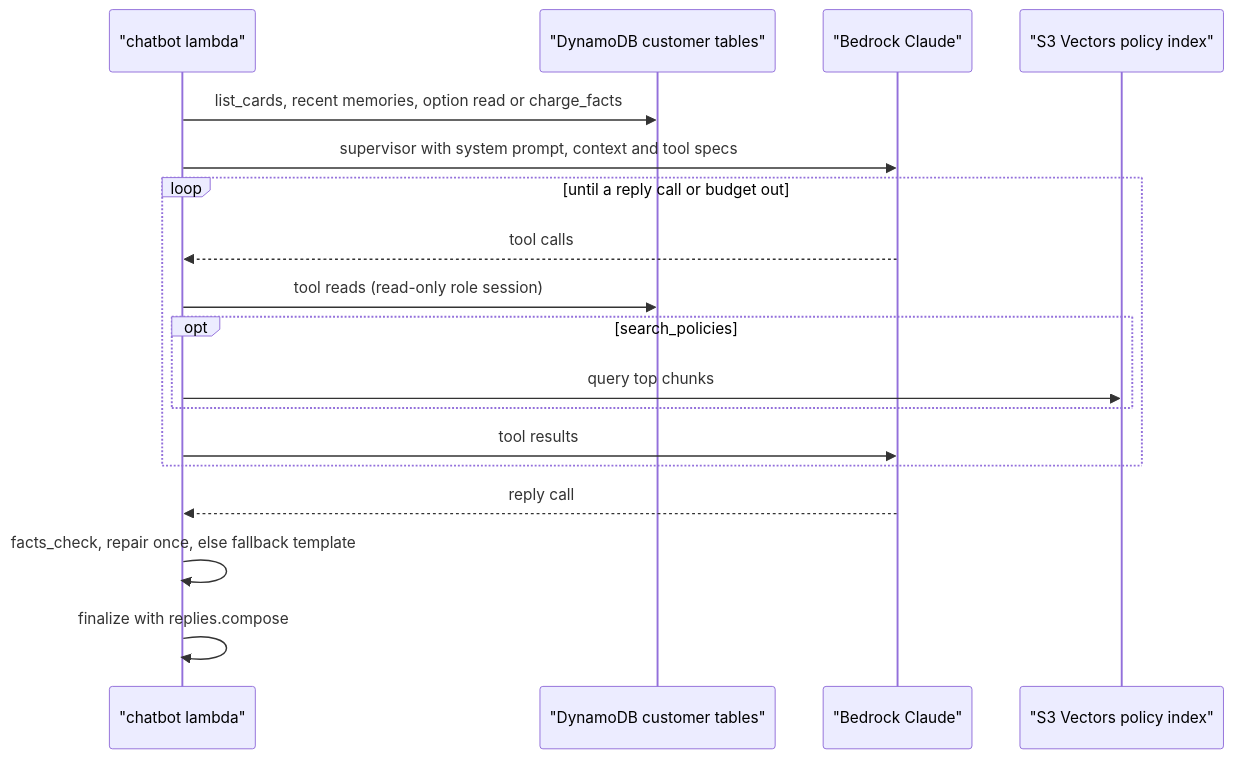
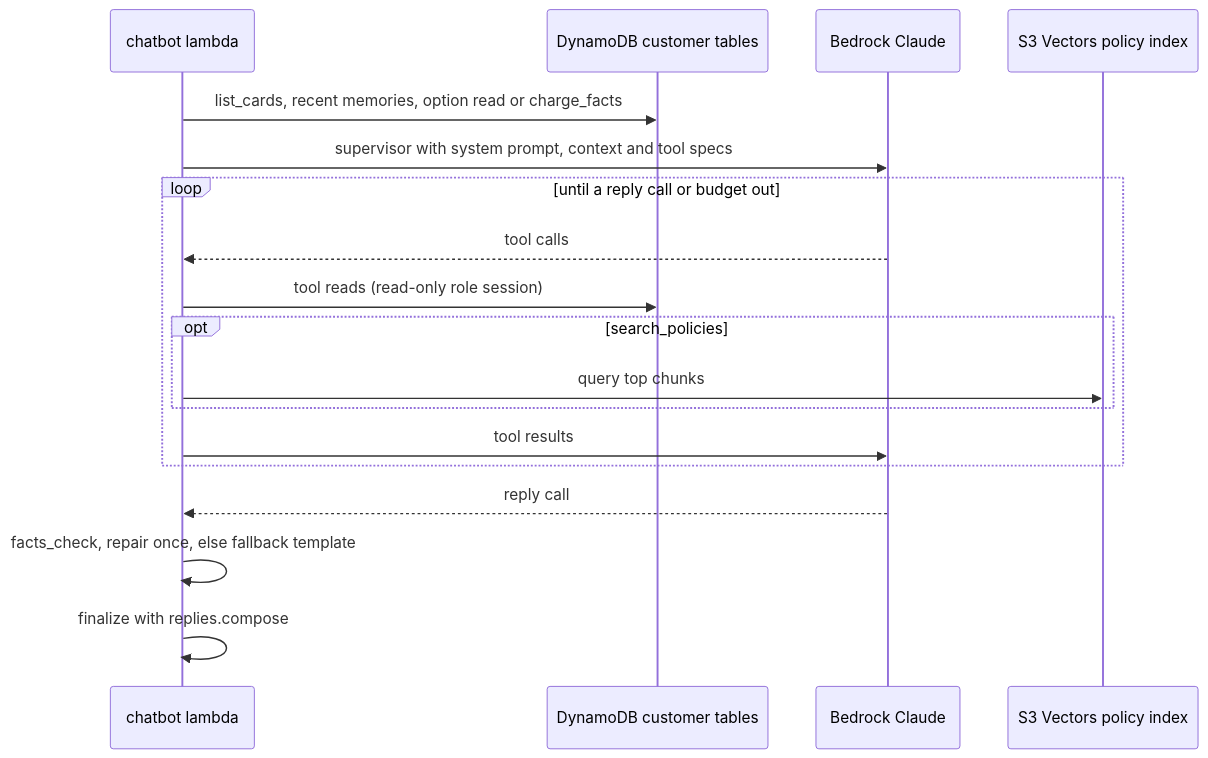
One commit to Team-ACGS/factored-hackathon-2026-acgs changed the second of 17 diagrams in docs/modules/assistant/flows.md. Above: the diagram before and after it, drawn with Mermaid. The commit also changed other lines of this file and 6 other files, not shown here.

Commit message:
docs(assistant,cases,data,identity,messaging): reviewer findings on flows and readme, round 2

````diff
--- a/docs/modules/assistant/flows.md
+++ b/docs/modules/assistant/flows.md
@@ -89,20 +89,20 @@
 ```mermaid
 sequenceDiagram
-  participant Chatbot as "chatbot lambda"
-  participant Tables as "DynamoDB customer tables"
-  participant Bedrock as "Bedrock Claude"
-  participant Vectors as "S3 Vectors policy index"
+  participant Chatbot as chatbot lambda
+  participant Tables as DynamoDB customer tables
+  participant Bedrock as Bedrock Claude
+  participant Vectors as S3 Vectors policy index
   Chatbot->>Tables: list_cards, recent memories, option read or charge_facts
   Chatbot->>Bedrock: supervisor with system prompt, context and tool specs
   loop until a reply call or budget out
     Bedrock-->>Chatbot: tool calls
     Chatbot->>Tables: tool reads (read-only role session)
     opt search_policies
       Chatbot->>Vectors: query top chunks
     end
     Chatbot->>Bedrock: tool results
   end
   Bedrock-->>Chatbot: reply call
   Chatbot->>Chatbot: facts_check, repair once, else fallback template
   Chatbot->>Chatbot: finalize with replies.compose
 ```
````
